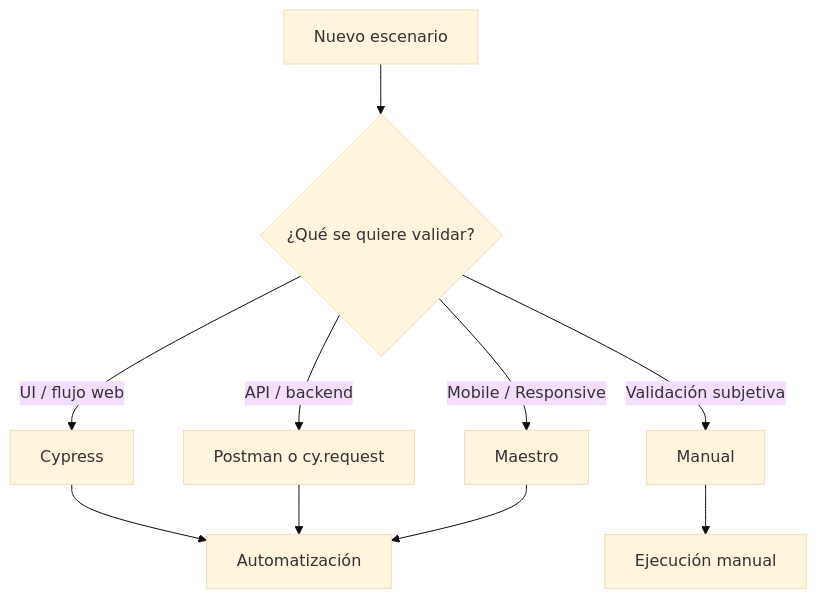
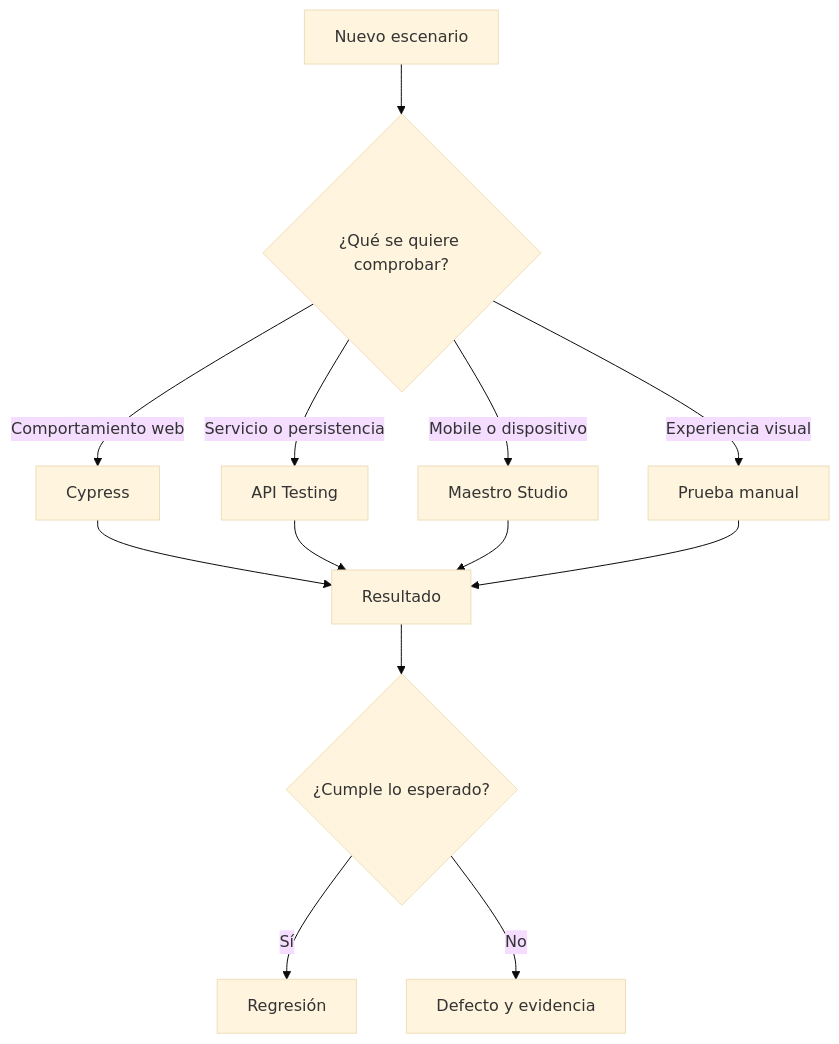
One commit to MichaelR21z/shady-meadows-bnb-automation changed the first of 5 diagrams in docs/test-strategy.md. Above: the diagram before and after it, drawn with Mermaid (base theme). The commit also changed other lines of this file and 1 other file, not shown here.

````diff
--- a/docs/test-strategy.md
+++ b/docs/test-strategy.md
@@ -38,14 +113,18 @@
 ```mermaid
 flowchart TD
-    A[Nuevo escenario] --> B{¿Qué se quiere validar?}
+    A[Nuevo escenario] --> B{¿Qué se quiere comprobar?}
 
-    B -->|UI / flujo web| C[Cypress]
-    B -->|API / backend| D[Postman o cy.request]
-    B -->|Mobile / Responsive| E[Maestro]
-    B -->|Validación subjetiva| F[Manual]
+    B -->|Comportamiento web| C[Cypress]
+    B -->|Servicio o persistencia| D[API Testing]
+    B -->|Mobile o dispositivo| E[Maestro Studio]
+    B -->|Experiencia visual| F[Prueba manual]
 
-    C --> G[Automatización]
+    C --> G[Resultado]
     D --> G
     E --> G
-    F --> H[Ejecución manual]
+    F --> G
+
+    G --> H{¿Cumple lo esperado?}
+    H -->|Sí| I[Regresión]
+    H -->|No| J[Defecto y evidencia]
 ```
````
